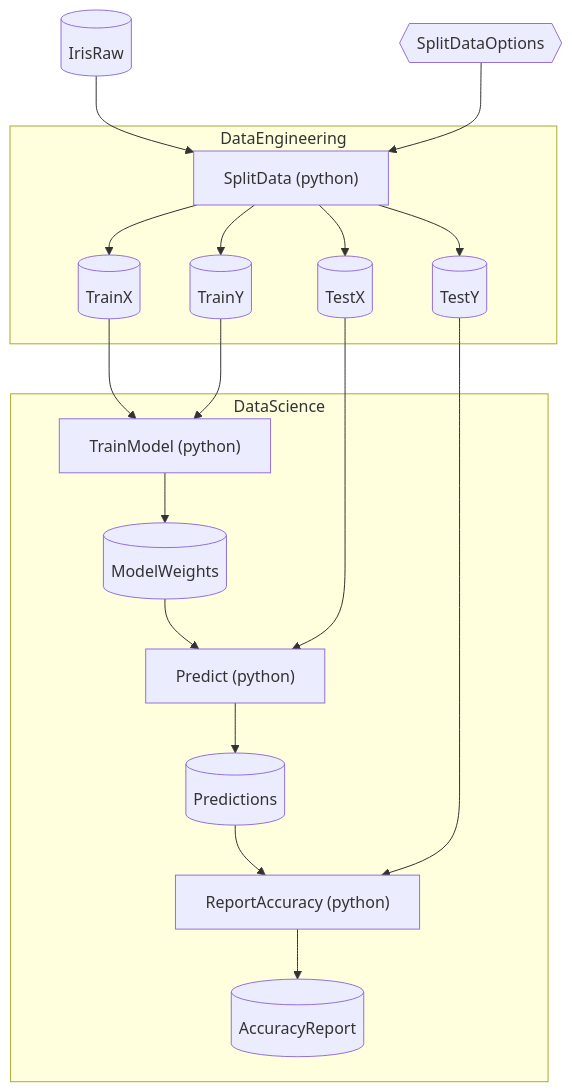
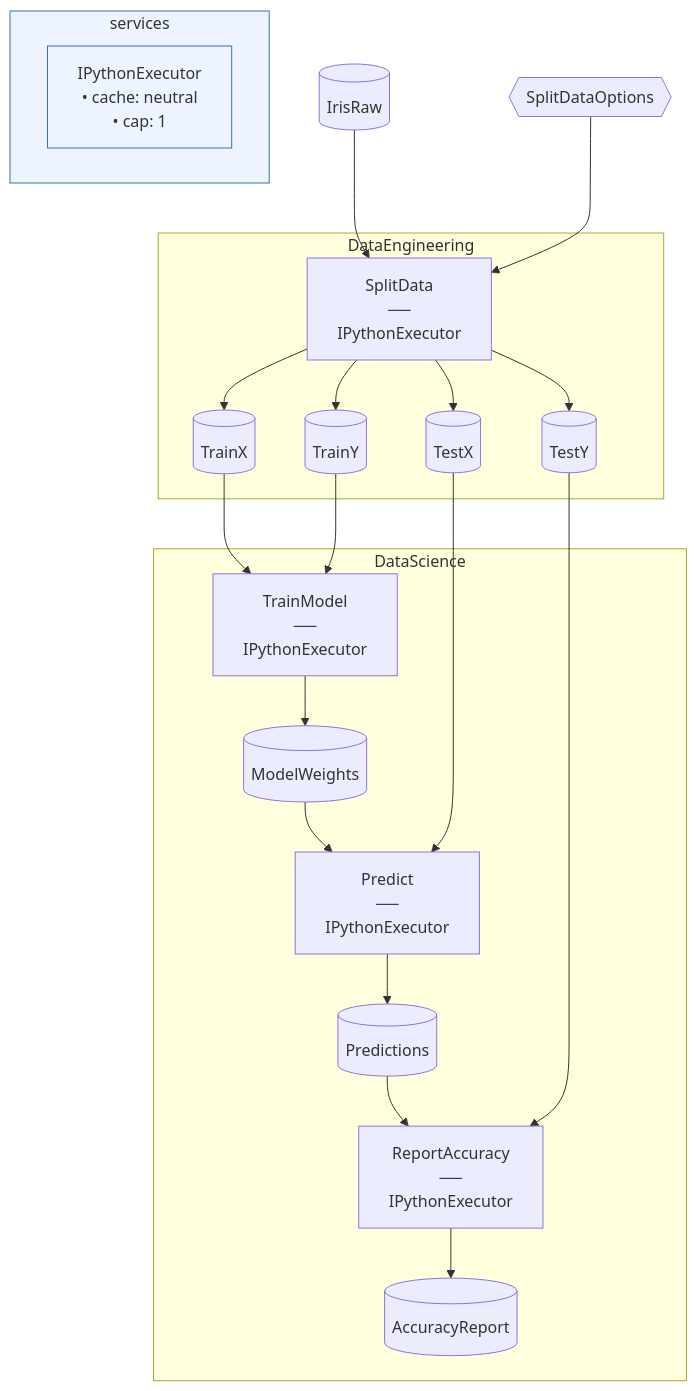
The diagram in examples/starter/IrisPython/README.md (chaoticgoodcomputing/flowthru), drawn with Mermaid before and after one commit. The commit also changed 18 other files, not shown here.

````diff
--- a/examples/starter/IrisPython/README.md
+++ b/examples/starter/IrisPython/README.md
@@ -42,42 +42,50 @@
 ```mermaid
 flowchart TB
 
     %% External Data Inputs
     IrisRaw[("IrisRaw")]
     SplitDataOptions{{"SplitDataOptions"}}
 
     subgraph DataEngineering["DataEngineering"]
-        SplitData["SplitData (python)"]
+        SplitData["SplitData<br>──<br>IPythonExecutor"]
         TrainX[("TrainX")]
         TrainY[("TrainY")]
         TestX[("TestX")]
         TestY[("TestY")]
     end
 
     subgraph DataScience["DataScience"]
-        TrainModel["TrainModel (python)"]
+        TrainModel["TrainModel<br>──<br>IPythonExecutor"]
         ModelWeights[("ModelWeights")]
-        Predict["Predict (python)"]
+        Predict["Predict<br>──<br>IPythonExecutor"]
         Predictions[("Predictions")]
-        ReportAccuracy["ReportAccuracy (python)"]
+        ReportAccuracy["ReportAccuracy<br>──<br>IPythonExecutor"]
         AccuracyReport[("AccuracyReport")]
     end
+
+    %% Service legend
+    subgraph service_legend["services"]
+        svc_Flowthru_Step_Python_IPythonExecutor["IPythonExecutor<br>• cache: neutral<br>• cap: 1"]
+    end
+    style service_legend fill:#EEF4FF,stroke:#3B6FB0
+    classDef serviceNode fill:#EEF4FF,stroke:#3B6FB0
+    class svc_Flowthru_Step_Python_IPythonExecutor serviceNode
 
     %% Edges
     IrisRaw --> SplitData
     SplitDataOptions --> SplitData
     SplitData --> TrainX
     SplitData --> TrainY
     SplitData --> TestX
     SplitData --> TestY
     TrainX --> TrainModel
     TrainY --> TrainModel
     TrainModel --> ModelWeights
     ModelWeights --> Predict
     TestX --> Predict
     Predict --> Predictions
     Predictions --> ReportAccuracy
     TestY --> ReportAccuracy
     ReportAccuracy --> AccuracyReport
 
 ```
````
